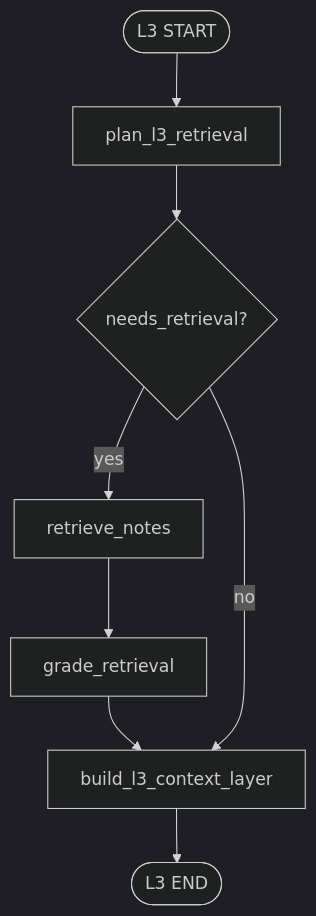
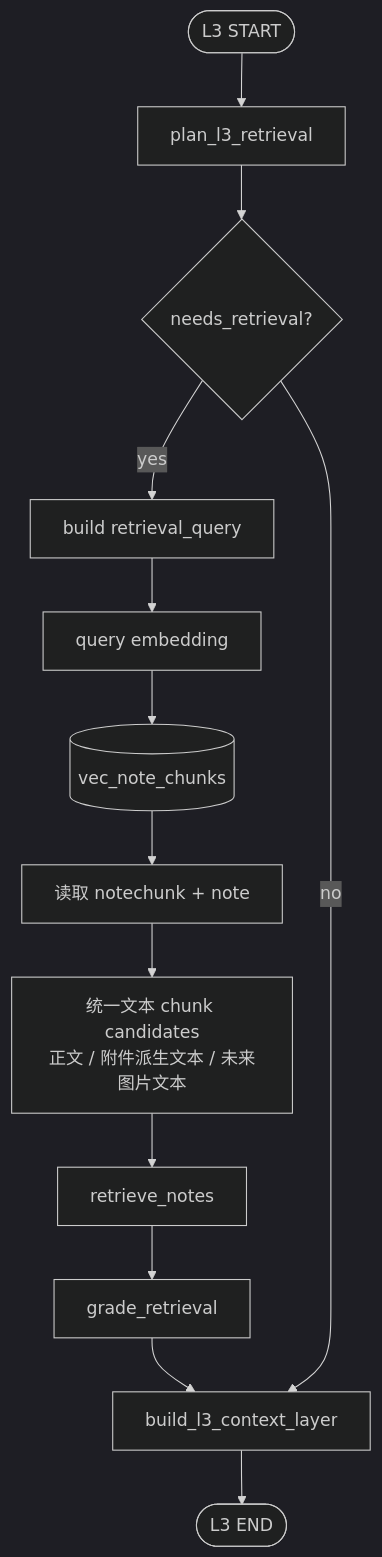
The third of 5 diagrams in docs/agent/memory-chat-graph.md (LiuJiaxuan1024/AiMemo), drawn with Mermaid (dark theme) before and after one commit. The commit also changed other lines of this file and 34 other files, not shown here.

````diff
--- a/docs/agent/memory-chat-graph.md
+++ b/docs/agent/memory-chat-graph.md
@@ -598,10 +598,15 @@
 ```mermaid
 flowchart TD
     L3Start([L3 START]) --> Plan[plan_l3_retrieval]
     Plan --> Route{needs_retrieval?}
-    Route -->|yes| Retrieve[retrieve_notes]
+    Route -->|yes| Query[build retrieval_query]
+    Query --> Embed[query embedding]
+    Embed --> Vector[(vec_note_chunks)]
+    Vector --> Join[读取 notechunk + note]
+    Join --> TextChunks[统一文本 chunk candidates<br/>正文 / 附件派生文本 / 未来图片文本]
+    TextChunks --> Retrieve[retrieve_notes]
     Retrieve --> Grade[grade_retrieval]
     Grade --> Build[build_l3_context_layer]
     Route -->|no| Build
     Build --> L3End([L3 END])
 ```
````
